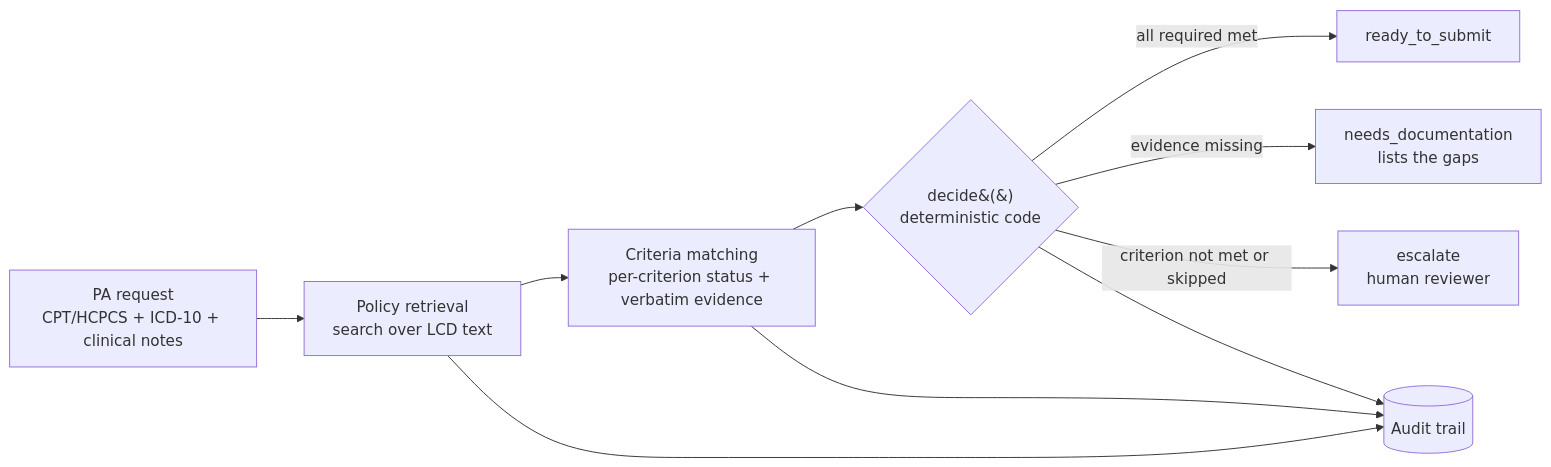
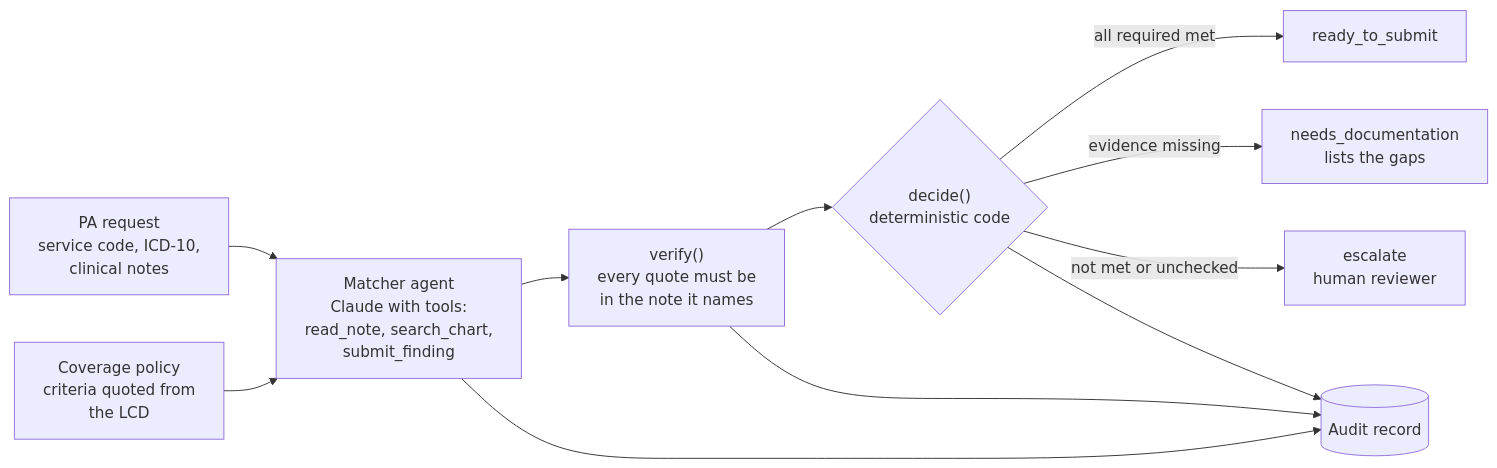
One commit to shilpamusale/priorauth-ai changed the diagram in README.md. Above: the diagram before and after it, drawn with Mermaid. The commit also changed other lines of this file and 1 other file, not shown here.

````diff
--- a/README.md
+++ b/README.md
@@ -23,10 +24,11 @@
 ```mermaid
 flowchart LR
-    A[PA request<br/>CPT/HCPCS + ICD-10 + clinical notes] --> B[Policy retrieval<br/>search over LCD text]
-    B --> C[Criteria matching<br/>per-criterion status + verbatim evidence]
-    C --> D{decide&#40;&#41;<br/>deterministic code}
+    A[PA request<br/>service code, ICD-10,<br/>clinical notes] --> B[Matcher agent<br/>Claude with tools:<br/>read_note, search_chart,<br/>submit_finding]
+    P[Coverage policy<br/>criteria quoted from<br/>the LCD] --> B
+    B --> C["verify()<br/>every quote must be<br/>in the note it names"]
+    C --> D{"decide()<br/>deterministic code"}
     D -->|all required met| E[ready_to_submit]
     D -->|evidence missing| F[needs_documentation<br/>lists the gaps]
-    D -->|criterion not met or skipped| G[escalate<br/>human reviewer]
-    B & C & D --> H[(Audit trail)]
+    D -->|not met or unchecked| G[escalate<br/>human reviewer]
+    B & C & D --> H[(Audit record)]
 ```
````
